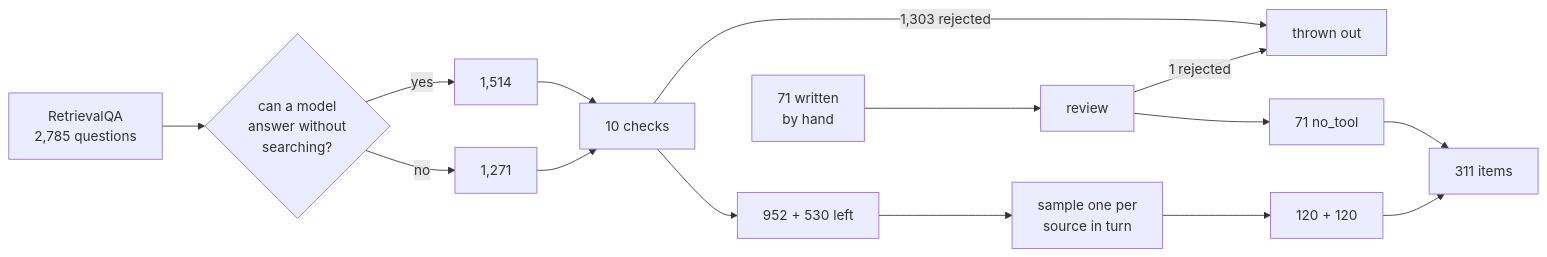
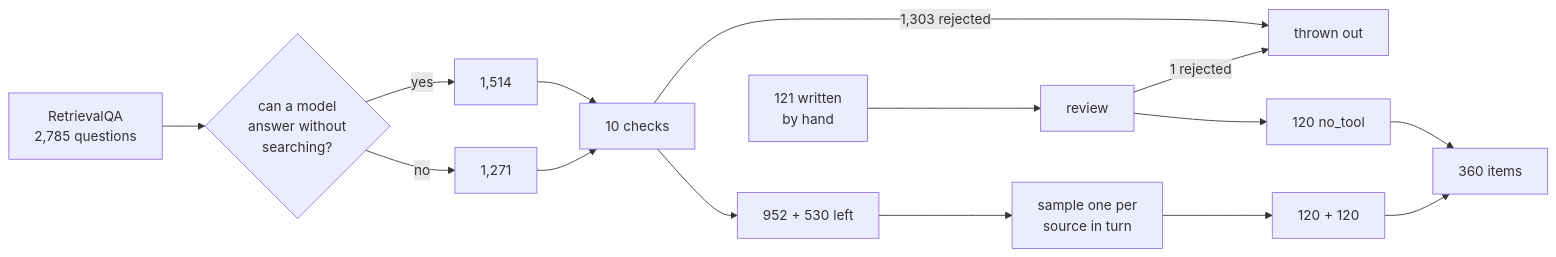
One commit to younissk/LLMSearchBench changed the diagram in docs/content/tasks/tool-use-correctness/building.mdx. Above: the diagram before and after it, drawn with Mermaid. The commit also changed other lines of this file and 7 other files, not shown here.

````diff
--- a/docs/content/tasks/tool-use-correctness/building.mdx
+++ b/docs/content/tasks/tool-use-correctness/building.mdx
@@ -208,17 +209,17 @@
 ```mermaid
 flowchart LR
   A["RetrievalQA<br/>2,785 questions"] --> B{"can a model<br/>answer without<br/>searching?"}
   B -- yes --> C["1,514"]
   B -- no --> D["1,271"]
   C --> E["10 checks"]
   D --> E
   E -- "1,303 rejected" --> X["thrown out"]
   E --> F["952 + 530 left"]
   F --> G["sample one per<br/>source in turn"]
   G --> H["120 + 120"]
-  I["71 written<br/>by hand"] --> J["review"]
+  I["121 written<br/>by hand"] --> J["review"]
   J -- "1 rejected" --> X
-  J --> K["71 no_tool"]
-  H --> L["311 items"]
+  J --> K["120 no_tool"]
+  H --> L["360 items"]
   K --> L
 ```
````
